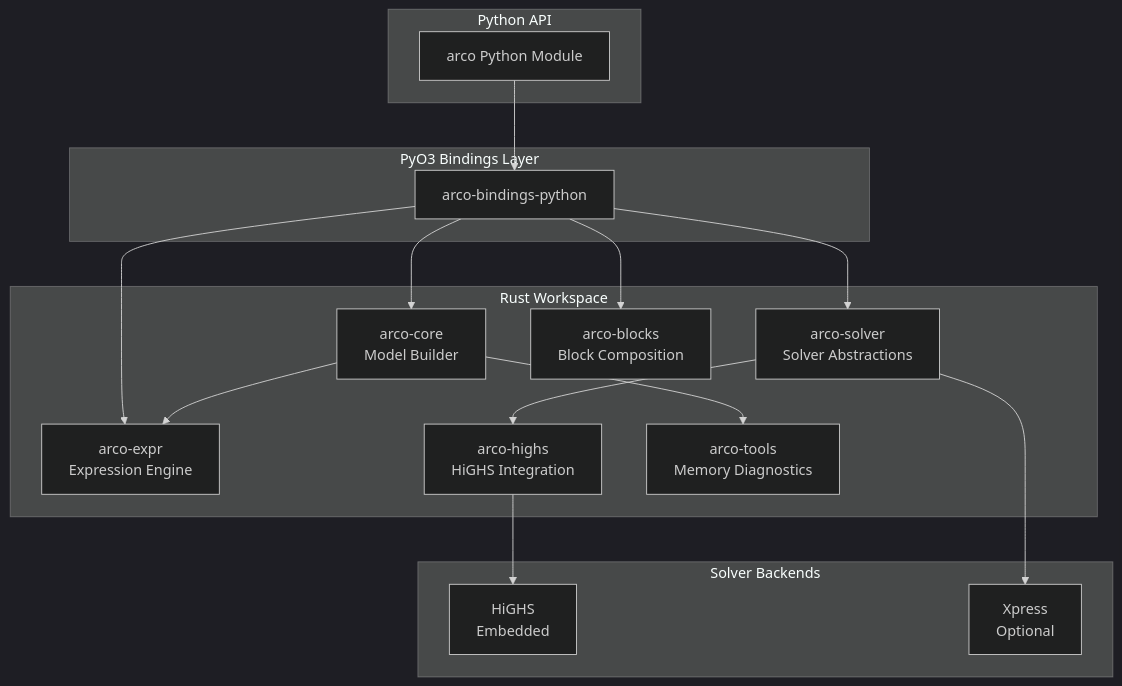
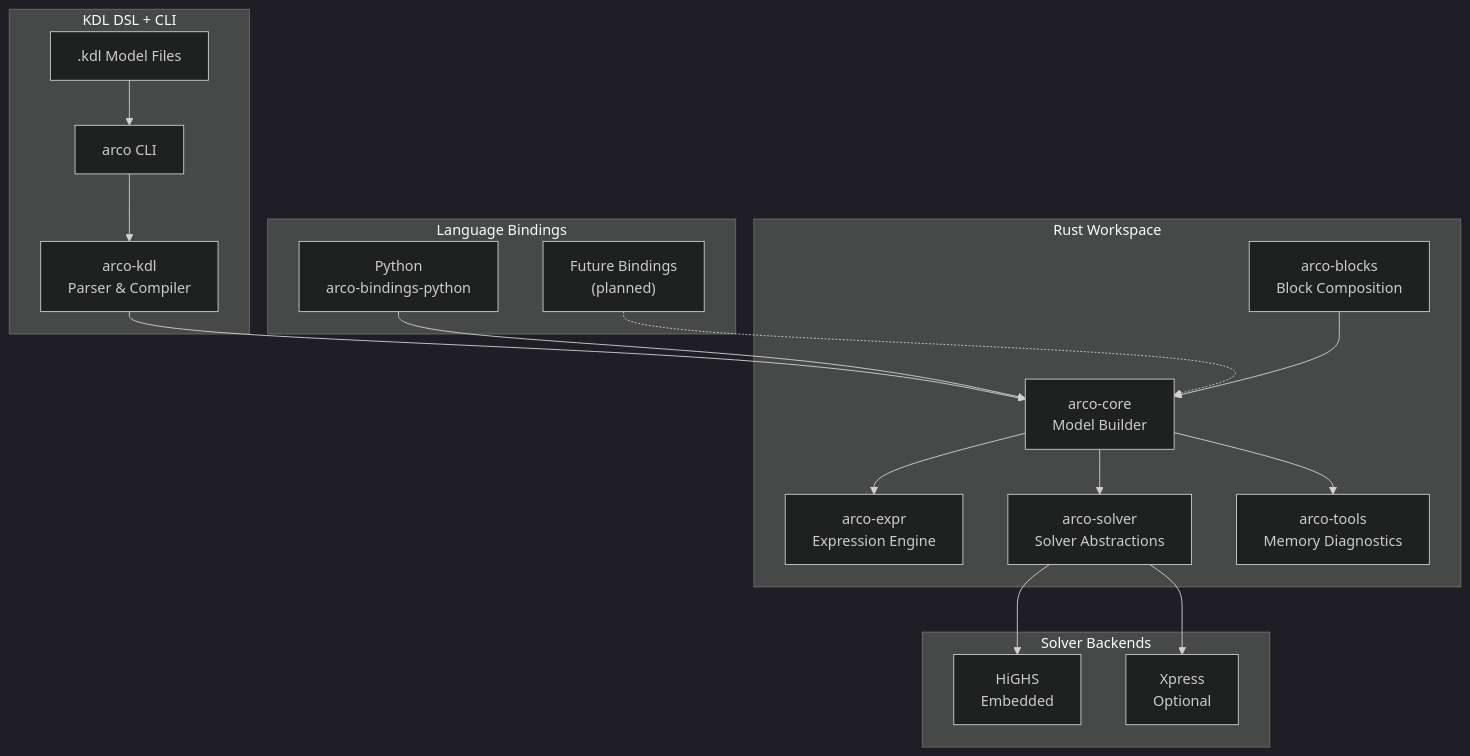
One commit to NatLabRockies/arco changed the diagram in README.md. Above: the diagram before and after it, drawn with Mermaid (dark theme). The commit also changed other lines of this file, not shown here.

First line of the commit message:
docs: rewrite README to center KDL DSL and CLI as primary interface

````diff
--- a/README.md
+++ b/README.md
@@ -219,35 +529,38 @@
 ```mermaid
 graph TB
-    subgraph Python["Python API"]
-        A[arco Python Module]
+    subgraph DSL["KDL DSL + CLI"]
+        A[".kdl Model Files"]
+        B["arco CLI"]
+        C[arco-kdl<br/>Parser & Compiler]
     end
 
-    subgraph Bindings["PyO3 Bindings Layer"]
-        B[arco-bindings-python]
+    subgraph Bindings["Language Bindings"]
+        D[Python<br/>arco-bindings-python]
+        E["Future Bindings<br/>(planned)"]
     end
 
-    subgraph Crates["Rust Workspace"]
-        C[arco-core<br/>Model Builder]
-        D[arco-expr<br/>Expression Engine]
-        E[arco-solver<br/>Solver Abstractions]
-        F[arco-highs<br/>HiGHS Integration]
-        G[arco-blocks<br/>Block Composition]
-        H[arco-tools<br/>Memory Diagnostics]
+    subgraph Core["Rust Workspace"]
+        F[arco-core<br/>Model Builder]
+        G[arco-expr<br/>Expression Engine]
+        H[arco-solver<br/>Solver Abstractions]
+        I[arco-blocks<br/>Block Composition]
+        J[arco-tools<br/>Memory Diagnostics]
     end
 
     subgraph Solvers["Solver Backends"]
-        I[HiGHS<br/>Embedded]
-        J[Xpress<br/>Optional]
+        K[HiGHS<br/>Embedded]
+        L[Xpress<br/>Optional]
     end
 
     A --> B
     B --> C
-    B --> D
-    B --> E
-    B --> G
-    C --> D
-    E --> F
-    E --> J
-    F --> I
-    C --> H
+    C --> F
+    D --> F
+    E -.-> F
+    F --> G
+    F --> J
+    H --> K
+    H --> L
+    F --> H
+    I --> F
 ```
````
